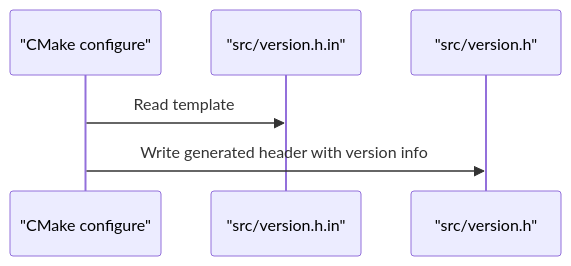
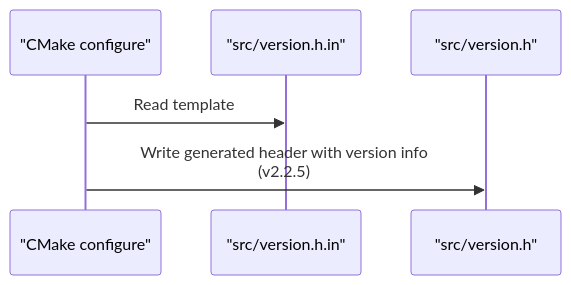
One commit to ShujiaHuang/BaseVar2 changed the sixth of 8 diagrams in .qoder/repowiki/en/content/Build System and Configuration.md. Above: the diagram before and after it, drawn with Mermaid. The commit also changed other lines of this file and 5 other files, not shown here.

````diff
--- a/.qoder/repowiki/en/content/Build System and Configuration.md
+++ b/.qoder/repowiki/en/content/Build System and Configuration.md
@@ -270,8 +291,8 @@
 ```mermaid
 sequenceDiagram
 participant CMake as "CMake configure"
 participant Tmpl as "src/version.h.in"
 participant Out as "src/version.h"
 CMake->>Tmpl : Read template
-CMake->>Out : Write generated header with version info
+CMake->>Out : Write generated header with version info<br/>(v2.2.5)
 ```
````
